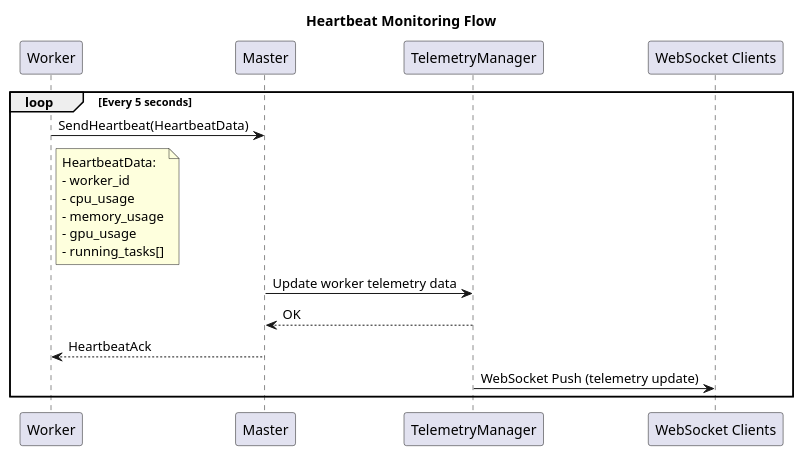
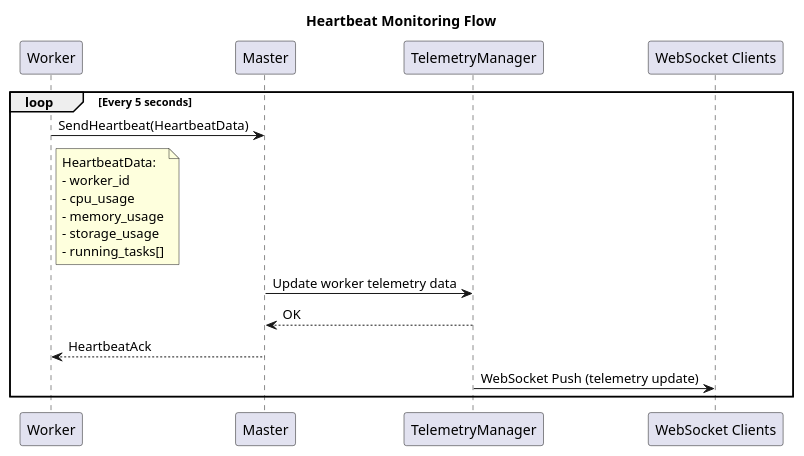
Before and after one commit to Codesmith28/Agentic-Cloud-Cluster: the diagram in docs/Diagrams/heartbeat.puml, drawn with PlantUML. The commit also changed 64 other files, not shown here.

```diff
--- a/docs/Diagrams/heartbeat.puml
+++ b/docs/Diagrams/heartbeat.puml
@@ -1,30 +1,30 @@
 @startuml heartbeat
 
 
 title Heartbeat Monitoring Flow
 
 participant "Worker" as W
 participant "Master" as M
 participant "TelemetryManager" as TM
 participant "WebSocket Clients" as WS
 
 loop Every 5 seconds
     W -> M : SendHeartbeat(HeartbeatData)
     note right of W
         HeartbeatData:
         - worker_id
         - cpu_usage
         - memory_usage
-        - gpu_usage
+        - storage_usage
         - running_tasks[]
     end note
     
     M -> TM : Update worker telemetry data
     TM --> M : OK
     
     M --> W : HeartbeatAck
     
     TM -> WS : WebSocket Push (telemetry update)
 end
 
 @enduml
```
